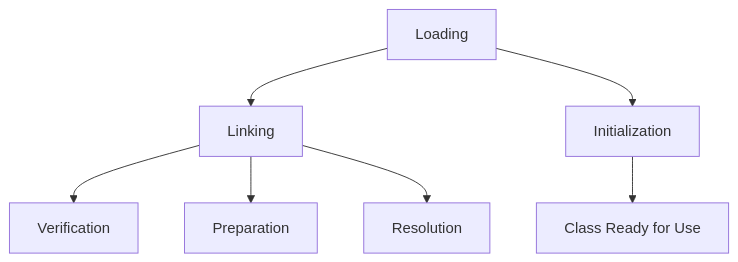
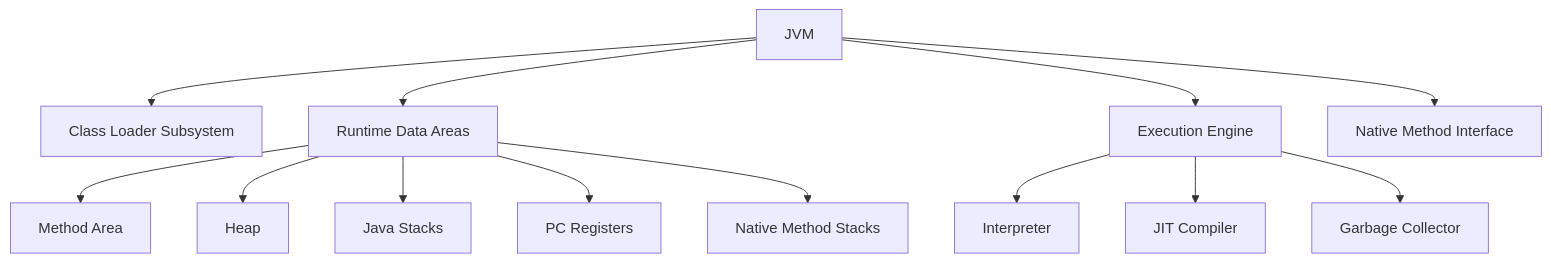
The diagram in jvm-internals-and-class-loading/README.md (VrushankPatel/interview-matters), drawn with Mermaid before and after one commit. The commit also changed other lines of this file and 4 other files, not shown here.

Commit message:
kb: add/update topics Java Fundamentals, OOP Principles in Java, JVM Internals & Class Loading, Garbage Collection Algorithms, Multithreading & Concurrency in Java

````diff
--- a/jvm-internals-and-class-loading/README.md
+++ b/jvm-internals-and-class-loading/README.md
@@ -29,9 +21,17 @@
 ```mermaid
 graph TD
-    A[Loading] --> B[Linking]
-    B --> C[Verification]
-    B --> D[Preparation]
-    B --> E[Resolution]
-    A --> F[Initialization]
-    F --> G[Class Ready for Use]
+    A[JVM] --> B[Class Loader Subsystem]
+    A --> C[Runtime Data Areas]
+    A --> D[Execution Engine]
+    A --> E[Native Method Interface]
+    
+    C --> C1[Method Area]
+    C --> C2[Heap]
+    C --> C3[Java Stacks]
+    C --> C4[PC Registers]
+    C --> C5[Native Method Stacks]
+    
+    D --> D1[Interpreter]
+    D --> D2[JIT Compiler]
+    D --> D3[Garbage Collector]
 ```
````
